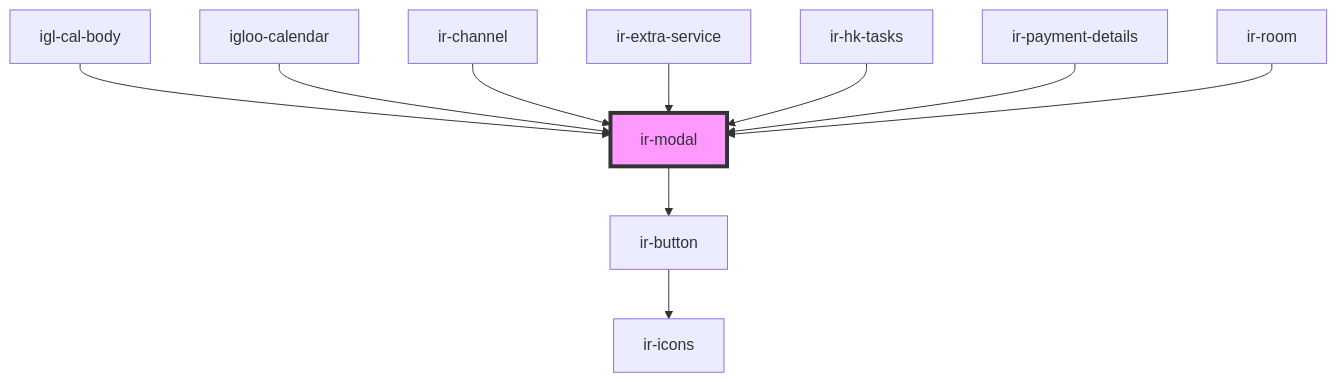
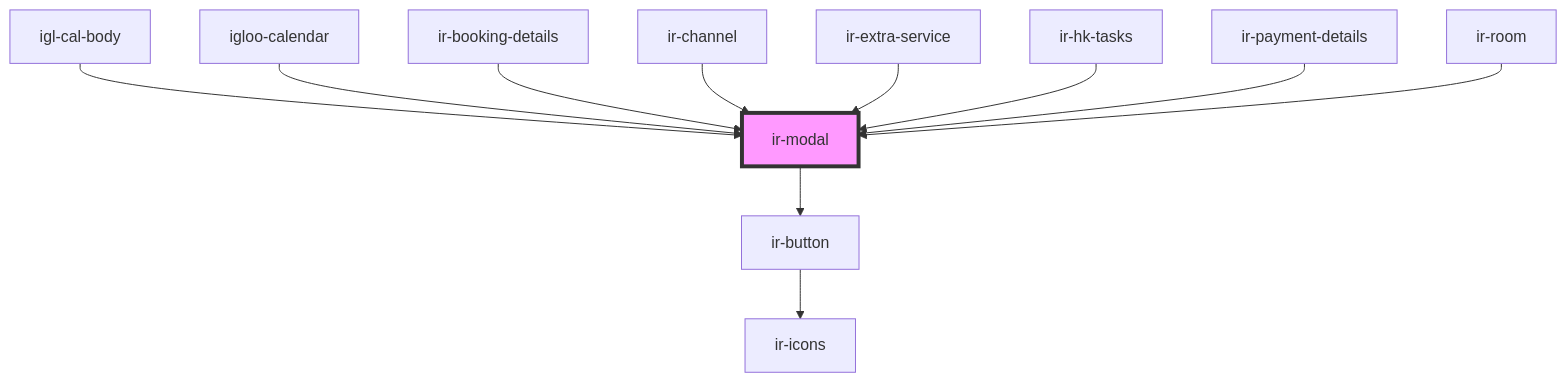
One commit to David1Chowaifaty/modified-ir-webcmp changed the diagram in src/components/ui/ir-modal/readme.md. Above: the diagram before and after it, drawn with Mermaid. The commit also changed other lines of this file and 7 other files, not shown here.

````diff
--- a/src/components/ui/ir-modal/readme.md
+++ b/src/components/ui/ir-modal/readme.md
@@ -77,13 +78,14 @@
 ```mermaid
 graph TD;
   ir-modal --> ir-button
   ir-button --> ir-icons
   igl-cal-body --> ir-modal
   igloo-calendar --> ir-modal
+  ir-booking-details --> ir-modal
   ir-channel --> ir-modal
   ir-extra-service --> ir-modal
   ir-hk-tasks --> ir-modal
   ir-payment-details --> ir-modal
   ir-room --> ir-modal
   style ir-modal fill:#f9f,stroke:#333,stroke-width:4px
 ```
````
